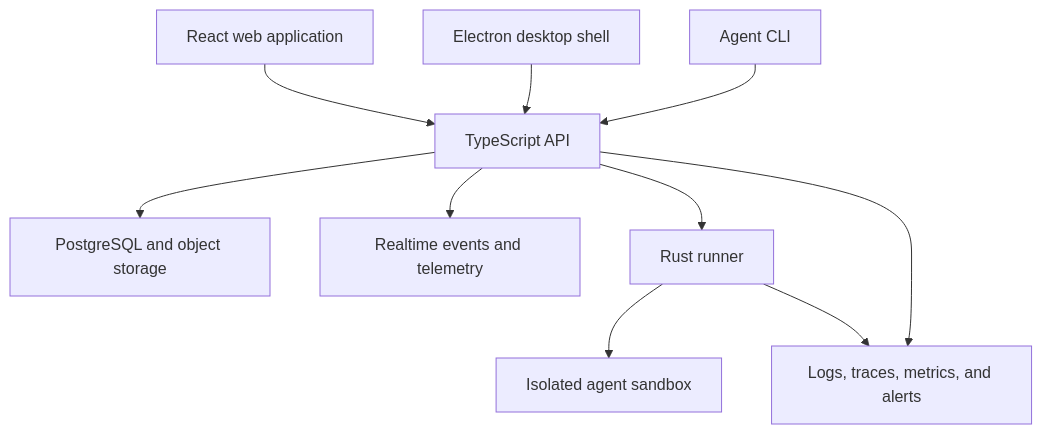
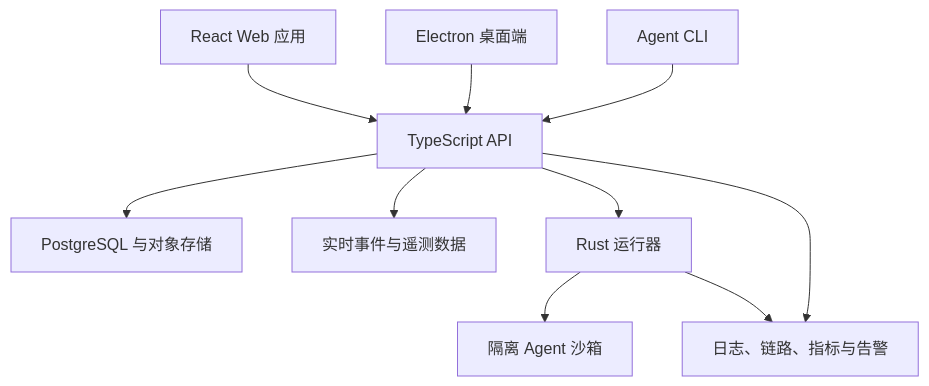
The diagram in README.md (Zonglin-He/AgentMonitor), drawn with Mermaid before and after one commit. The commit also changed other lines of this file, not shown here.

````diff
--- a/README.md
+++ b/README.md
@@ -17,22 +17,22 @@
 ```mermaid
 flowchart TB
-    WEB["React web application"]
-    DESKTOP["Electron desktop shell"]
+    WEB["React Web 应用"]
+    DESKTOP["Electron 桌面端"]
     CLI["Agent CLI"]
     API["TypeScript API"]
-    DB["PostgreSQL and object storage"]
-    EVENTS["Realtime events and telemetry"]
-    RUNNER["Rust runner"]
-    SANDBOX["Isolated agent sandbox"]
-    OBS["Logs, traces, metrics, and alerts"]
+    DB["PostgreSQL 与对象存储"]
+    EVENTS["实时事件与遥测数据"]
+    RUNNER["Rust 运行器"]
+    SANDBOX["隔离 Agent 沙箱"]
+    OBS["日志、链路、指标与告警"]
 
     WEB --> API
     DESKTOP --> API
     CLI --> API
     API --> DB
     API --> EVENTS
     API --> RUNNER
     RUNNER --> SANDBOX
     API --> OBS
     RUNNER --> OBS
 ```
````
